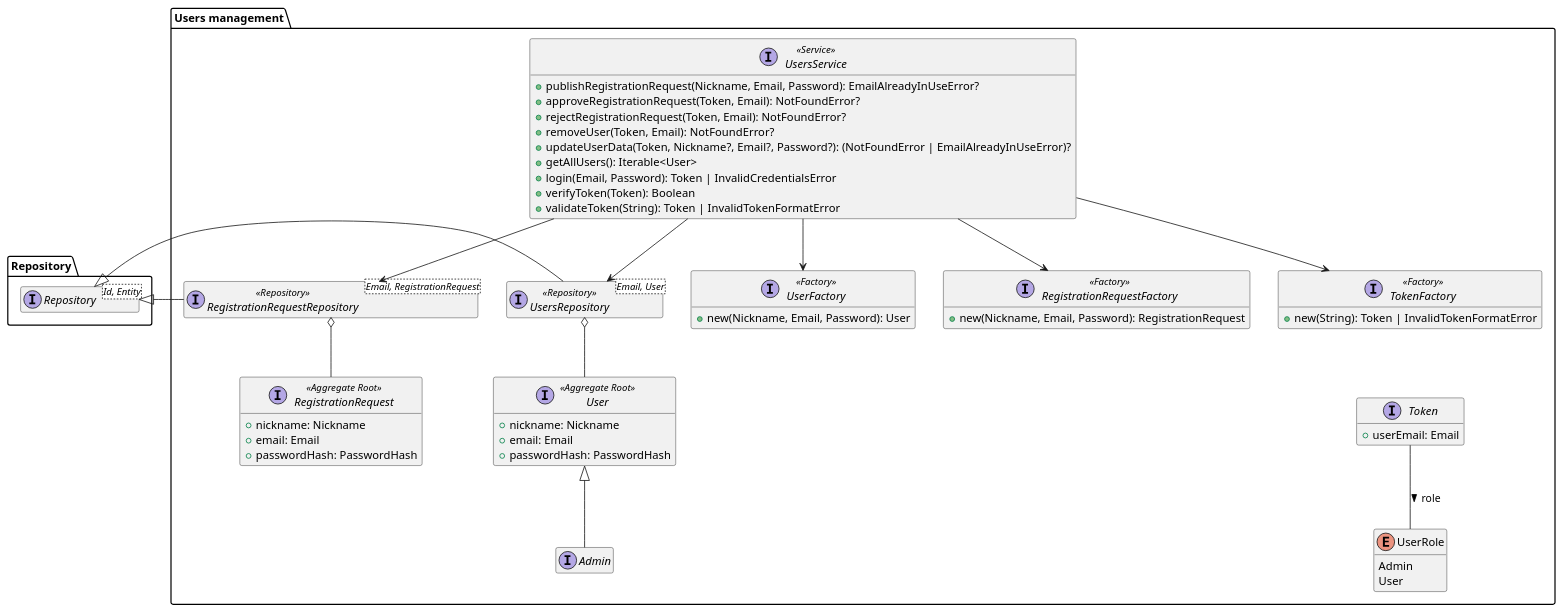
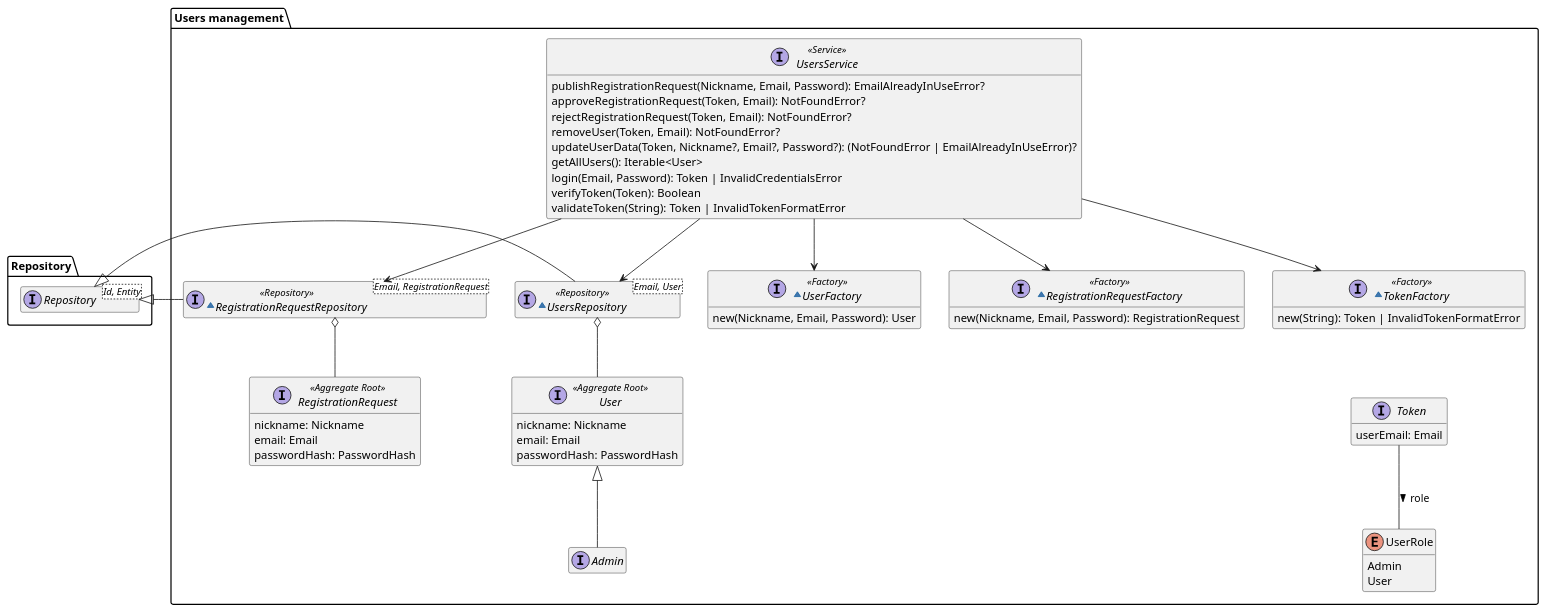
One commit to DomoticASW/.github changed the diagram in diagrams/src/users-management-domain-model.puml. Above: the diagram before and after it, drawn with PlantUML. The commit also changed 6 other files, not shown here.

Commit message:
set standard for some diagram sintaxes

```diff
--- a/diagrams/src/users-management-domain-model.puml
+++ b/diagrams/src/users-management-domain-model.puml
@@ -1,70 +1,71 @@
 @startuml users-management-domain-model
 
 hide empty members
 package Repository{
     interface Repository<Id, Entity>
 }
 
 package "Users management" as Users {
     interface User <<Aggregate Root>> {
-        + nickname: Nickname
-        + email: Email
-        + passwordHash: PasswordHash
+        nickname: Nickname
+        email: Email
+        passwordHash: PasswordHash
     }
     interface Admin extends User
 
     interface RegistrationRequest <<Aggregate Root>> {
-        + nickname: Nickname
-        + email: Email
-        + passwordHash: PasswordHash
+        nickname: Nickname
+        email: Email
+        passwordHash: PasswordHash
     }
 
     interface Token {
-        + userEmail: Email
+        userEmail: Email
     }
     enum UserRole {
         Admin
         User
     }
     Token -- UserRole : "role >"
 
     interface UsersService <<Service>> {
-        + publishRegistrationRequest(Nickname, Email, Password): EmailAlreadyInUseError?
-        + approveRegistrationRequest(Token, Email): NotFoundError?
-        + rejectRegistrationRequest(Token, Email): NotFoundError?
-        + removeUser(Token, Email): NotFoundError?
-        + updateUserData(Token, Nickname?, Email?, Password?): (NotFoundError | EmailAlreadyInUseError)?
-        + getAllUsers(): Iterable<User>
-        + login(Email, Password): Token | InvalidCredentialsError
-        + verifyToken(Token): Boolean
-        + validateToken(String): Token | InvalidTokenFormatError
+        publishRegistrationRequest(Nickname, Email, Password): EmailAlreadyInUseError?
+        approveRegistrationRequest(Token, Email): NotFoundError?
+        rejectRegistrationRequest(Token, Email): NotFoundError?
+        removeUser(Token, Email): NotFoundError?
+        updateUserData(Token, Nickname?, Email?, Password?): (NotFoundError | EmailAlreadyInUseError)?
+        getAllUsers(): Iterable<User>
+        login(Email, Password): Token | InvalidCredentialsError
+        verifyToken(Token): Boolean
+        validateToken(String): Token | InvalidTokenFormatError
     }
 
-
-    interface RegistrationRequestRepository<Email, RegistrationRequest> <<Repository>>
+    ~interface RegistrationRequestRepository<Email, RegistrationRequest> <<Repository>> {
+    }
     RegistrationRequestRepository -l-|> Repository.Repository
     RegistrationRequestRepository o-- RegistrationRequest
-    interface UsersRepository<Email, User> <<Repository>>
+    ~interface UsersRepository<Email, User> <<Repository>> {
+    }
     UsersRepository -l-|> Repository.Repository
     UsersRepository o-- User
     
     UsersService --> UsersRepository
     UsersService --> RegistrationRequestRepository
 
 
-    interface UserFactory <<Factory>> {
-        + new(Nickname, Email, Password): User
+    ~interface UserFactory <<Factory>> {
+        new(Nickname, Email, Password): User
     }
-    interface RegistrationRequestFactory <<Factory>> {
-        + new(Nickname, Email, Password): RegistrationRequest
+    ~interface RegistrationRequestFactory <<Factory>> {
+        new(Nickname, Email, Password): RegistrationRequest
     }
-    interface TokenFactory <<Factory>> {
-        + new(String): Token | InvalidTokenFormatError
+    ~interface TokenFactory <<Factory>> {
+        new(String): Token | InvalidTokenFormatError
     }
     TokenFactory -[hidden]-> Token
     UsersService --> UserFactory
     UsersService --> RegistrationRequestFactory
     UsersService --> TokenFactory
 }
 
 @enduml
```
